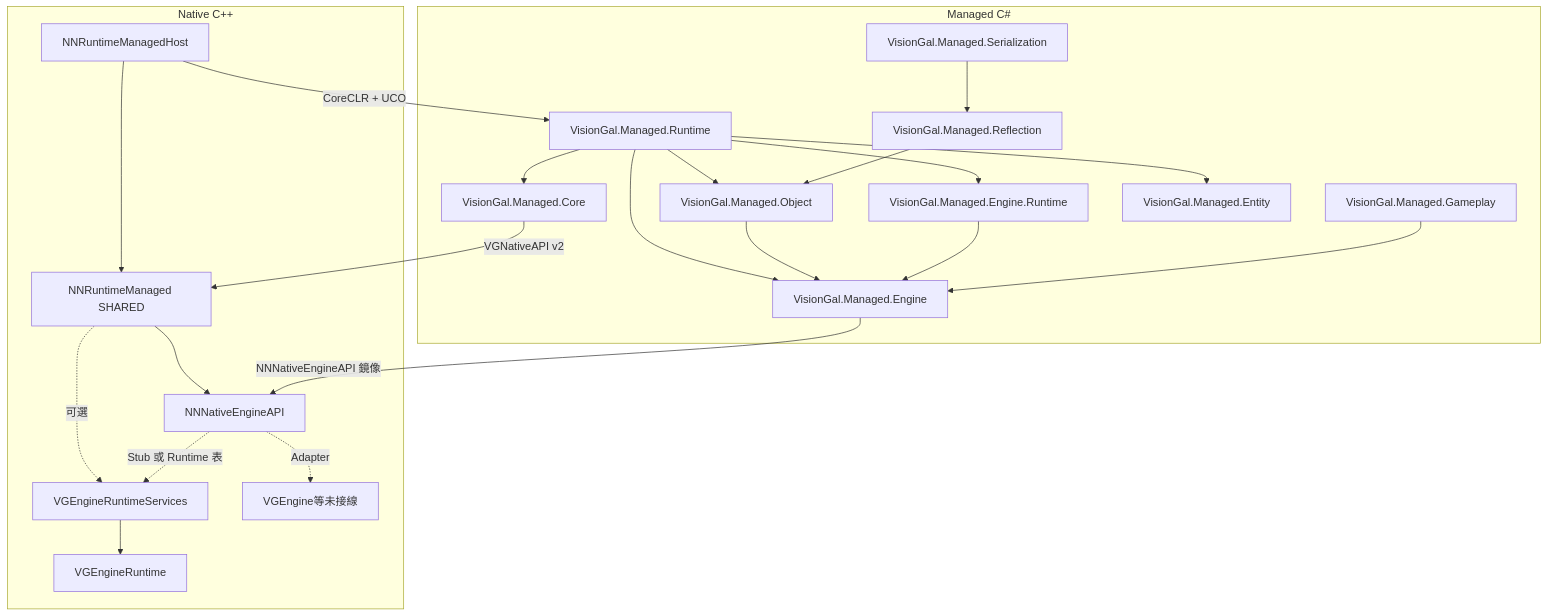
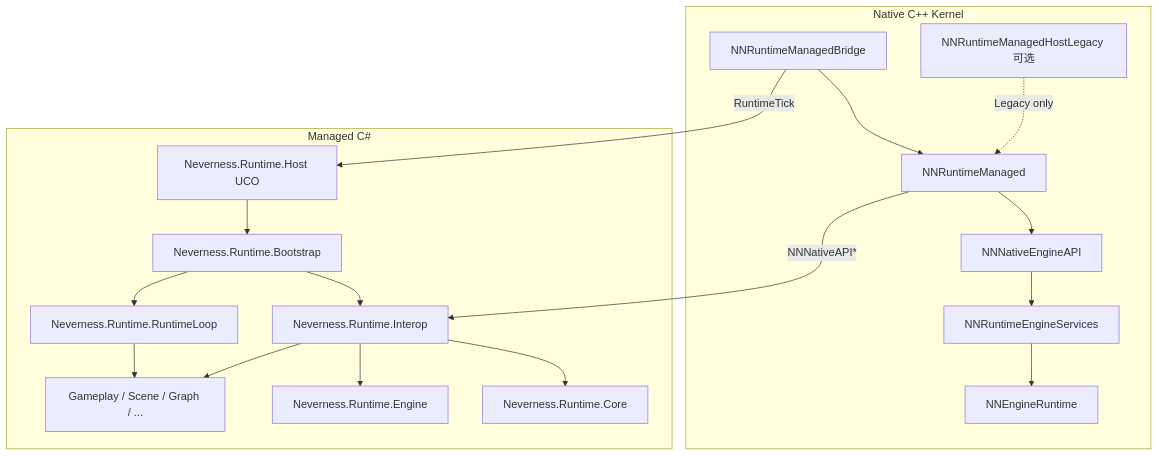
One commit to DarlingZeroX/Neverness changed the diagram in Engine/Source/Managed/Runtime/MANAGED_RUNTIME_ARCHITECTURE_AND_PROGRESS.md. Above: the diagram before and after it, drawn with Mermaid. The commit also changed other lines of this file and 251 other files, not shown here.

````diff
--- a/Engine/Source/Managed/Runtime/MANAGED_RUNTIME_ARCHITECTURE_AND_PROGRESS.md
+++ b/Engine/Source/Managed/Runtime/MANAGED_RUNTIME_ARCHITECTURE_AND_PROGRESS.md
@@ -50,41 +67,36 @@
 ```mermaid
 flowchart TB
-  subgraph native [Native C++]
-    Host[NNRuntimeManagedHost]
-    Core[NNRuntimeManaged SHARED]
+  subgraph native [Native C++ Kernel]
+    Bridge[NNRuntimeManagedBridge]
+    AbiDll[NNRuntimeManaged]
     EngABI[NNNativeEngineAPI]
-    EngRt[VGEngineRuntime]
-    EngRtSvc[VGEngineRuntimeServices]
-    Future[VGEngine等未接線]
-    Host --> Core
-    Core --> EngABI
-    Core -.->|可選| EngRtSvc
+    EngRt[NNEngineRuntime]
+    EngRtSvc[NNRuntimeEngineServices]
+    LegacyHost[NNRuntimeManagedHostLegacy 可选]
+    Bridge --> AbiDll
+    AbiDll --> EngABI
     EngRtSvc --> EngRt
-    EngABI -.->|Stub 或 Runtime 表| EngRtSvc
-    EngABI -.->|Adapter| Future
+    EngABI --> EngRtSvc
+    LegacyHost -.->|Legacy only| AbiDll
   end
+
   subgraph managed [Managed C#]
-    MRuntime[VisionGal.Managed.Runtime]
-    MCore[VisionGal.Managed.Core]
-    MEng[VisionGal.Managed.Engine]
-    MEngRt[VisionGal.Managed.Engine.Runtime]
-    MObj[VisionGal.Managed.Object]
-    MRefl[VisionGal.Managed.Reflection]
-    MSer[VisionGal.Managed.Serialization]
-    MGameplay[VisionGal.Managed.Gameplay]
-    MEntity[VisionGal.Managed.Entity]
-    MRuntime --> MCore
-    MRuntime --> MEng
-    MRuntime --> MEngRt
-    MRuntime --> MObj
-    MRuntime --> MEntity
-    MObj --> MEng
-    MRefl --> MObj
-    MSer --> MRefl
-    MEngRt --> MEng
-    MGameplay --> MEng
+    Entry[Neverness.Runtime.Host UCO]
+    Bootstrap[Neverness.Runtime.Bootstrap]
+    Interop[Neverness.Runtime.Interop]
+    Loop[Neverness.Runtime.RuntimeLoop]
+    Core[Neverness.Runtime.Core]
+    Engine[Neverness.Runtime.Engine]
+    Product[Gameplay / Scene / Graph / ...]
+    Entry --> Bootstrap
+    Bootstrap --> Interop
+    Bootstrap --> Loop
+    Interop --> Core
+    Interop --> Engine
+    Loop --> Product
+    Interop --> Product
   end
-  MCore -->|"VGNativeAPI v2"| Core
-  MEng -->|"NNNativeEngineAPI 鏡像"| EngABI
-  Host -->|"CoreCLR + UCO"| MRuntime
+
+  AbiDll -->|"NNNativeAPI*"| Interop
+  Bridge -->|"RuntimeTick"| Entry
 ```
````
